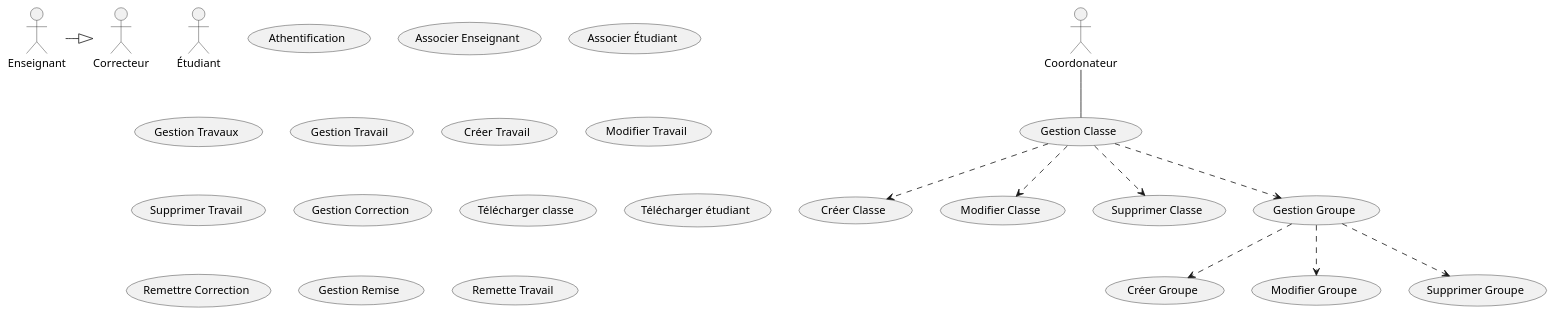
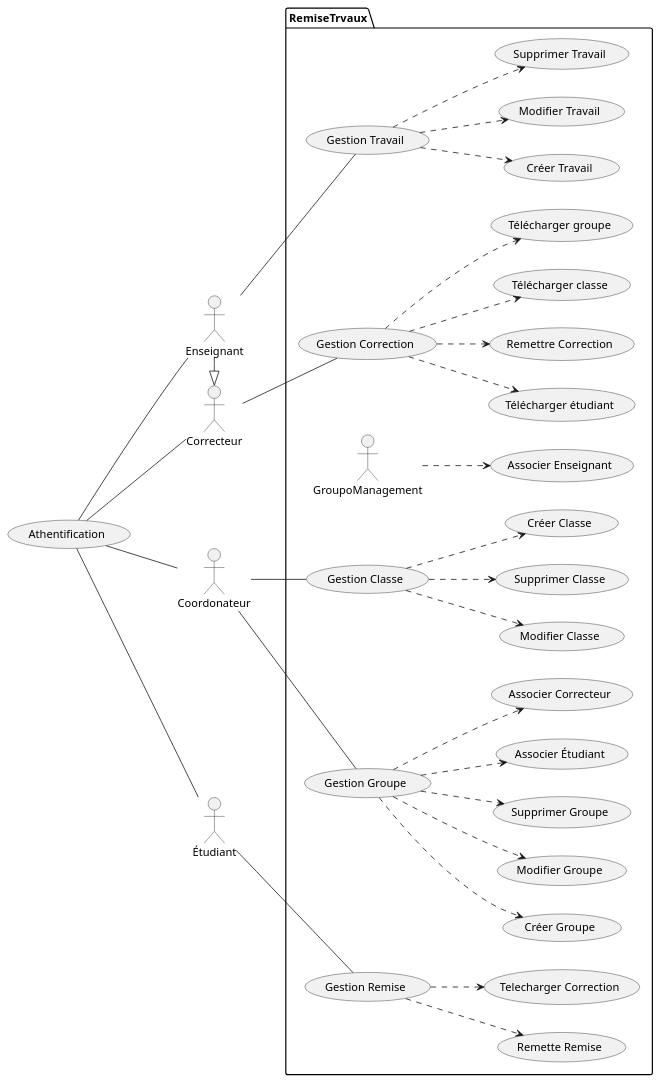
The diagram in Diagrammes/useCase.md (TheDevFrogs/Documentation), drawn with PlantUML before and after one commit.

````diff
--- a/Diagrammes/useCase.md
+++ b/Diagrammes/useCase.md
@@ -1,5 +1,7 @@
 ```plantuml
 @startuml
+
+left to right direction
 
 :Coordonateur: as Admin
 :Étudiant: as Student
@@ -11,6 +13,12 @@
 
 'Tous'
     (Athentification) as (Athentification)
+    Teacher -up- Athentification
+    Corector -up- Athentification
+    Student -up- Athentification
+    Admin -up- Athentification
+package RemiseTrvaux{
+
 'Coordonateur'
     (Gestion Classe) as (ClassManagement)
     (Créer Classe) as (CreateClass)
@@ -25,39 +33,54 @@
 
     (Associer Enseignant) as (AssociateTeacher)
     (Associer Étudiant) as (AssociateStudent)
+    (Associer Correcteur) as (AssociateCorrector)
 
     Admin -- ClassManagement
     ClassManagement ..> CreateClass
     ClassManagement ..> ModifyClass
     ClassManagement ..> DeleteClass
 
-    ClassManagement ..> GroupManagement
+    Admin -- GroupManagement
     
     GroupManagement ..> CreateGroup
     GroupManagement ..> ModifyGroup
     GroupManagement ..> DeleteGroup
+    GroupoManagement ..> AssociateTeacher
+    GroupManagement ..> AssociateStudent
+    GroupManagement ..> AssociateCorrector
 
 'Enseignant'
-    (Gestion Travaux) as (CorrectorWorkManagement)
     (Gestion Travail) as (TeacherWorkManagement)
     (Créer Travail) as (CreateWork)
     (Modifier Travail) as (ModifyWork)
     (Supprimer Travail) as (DeleteWork)
+
+
+    Teacher -- TeacherWorkManagement
+    TeacherWorkManagement ..> CreateWork
+    TeacherWorkManagement ..> ModifyWork
+    TeacherWorkManagement ..> DeleteWork
+
 'Correcteur'
     (Gestion Correction) as (CorrectionManagement)
     (Télécharger classe) as (DownloadClass)
-    (Télécharger groupe) as (DownloadStudent)
+    (Télécharger groupe) as (DownloadStudentGroup)
     (Télécharger étudiant) as (DownloadStudent)
     (Remettre Correction) as (DeliverCorrection)
+
+    Corector -- CorrectionManagement
+    CorrectionManagement ..> DownloadClass
+    CorrectionManagement ..> DownloadStudent
+    CorrectionManagement ..> DownloadStudentGroup
+    CorrectionManagement ..> DeliverCorrection
 'Etudiant'
     (Gestion Remise) as (StudentWorkManagement)
-    (Remette Travail) as (Remette Travail)
+    (Remette Remise) as (HandWork)
+    (Telecharger Correction) as (DownloadCorrection)
+    Student -- StudentWorkManagement
+    StudentWorkManagement ..> HandWork
+    StudentWorkManagement ..> DownloadCorrection
 
-
-
-
-
-
-
+}
 @enduml
 ```
````
